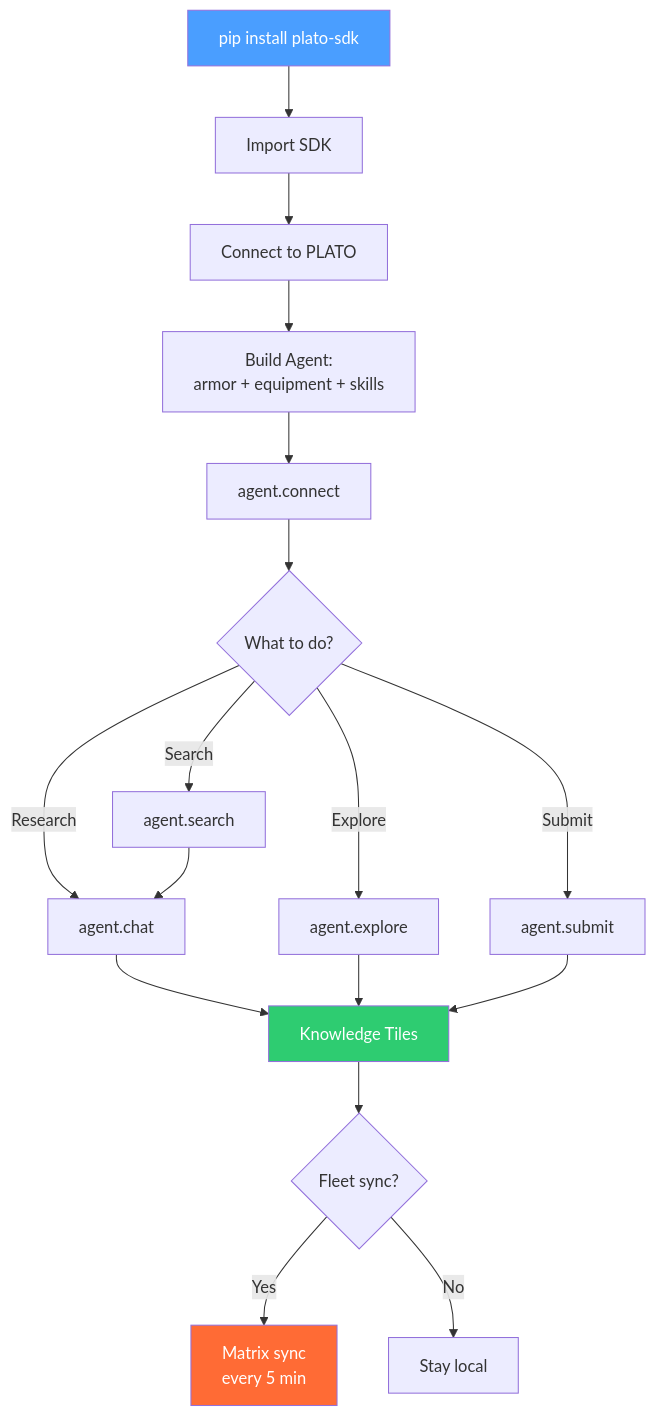
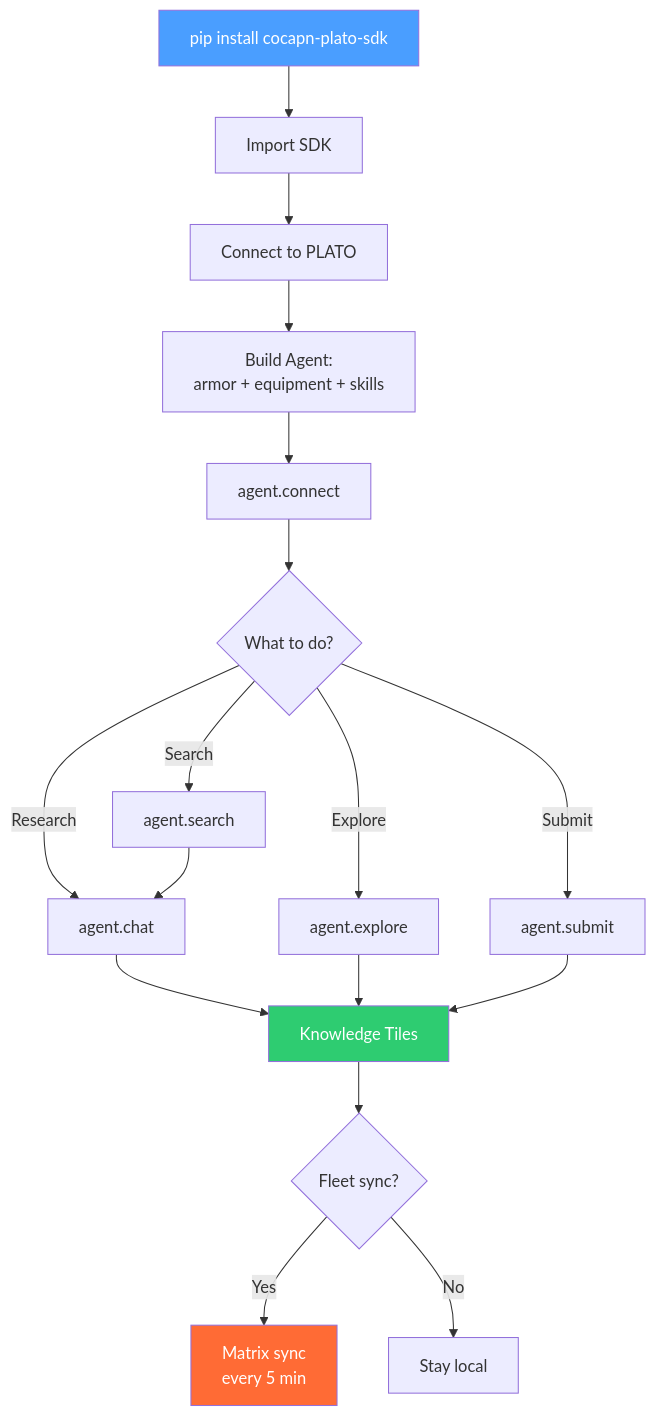
One commit to SuperInstance/plato-sdk changed the second of 4 diagrams in README.md. Above: the diagram before and after it, drawn with Mermaid. The commit also changed other lines of this file and 3 other files, not shown here.

Commit message:
CCC: Rename package to cocapn-plato-sdk — unblocks PyPI publication

````diff
--- a/README.md
+++ b/README.md
@@ -119,26 +119,26 @@
 ```mermaid
 graph TD
-    START[pip install plato-sdk] --> IMPORT[Import SDK]
+    START[pip install cocapn-plato-sdk] --> IMPORT[Import SDK]
     IMPORT --> CLIENT[Connect to PLATO]
     CLIENT --> BUILD[Build Agent:<br/>armor + equipment + skills]
     BUILD --> CONNECT[agent.connect]
     CONNECT --> RUN{What to do?}
 
     RUN -->|Research| CHAT[agent.chat]
     RUN -->|Explore| EXPLORE[agent.explore]
     RUN -->|Search| SEARCH[agent.search]
     RUN -->|Submit| SUBMIT[agent.submit]
 
     CHAT --> TILES[Knowledge Tiles]
     EXPLORE --> TILES
     SEARCH --> CHAT
     SUBMIT --> TILES
 
     TILES --> FLEET{Fleet sync?}
     FLEET -->|Yes| SYNC[Matrix sync<br/>every 5 min]
     FLEET -->|No| LOCAL[Stay local]
 
     style START fill:#4a9eff,color:#fff
     style TILES fill:#2ecc71,color:#fff
     style SYNC fill:#ff6b35,color:#fff
 ```
````
